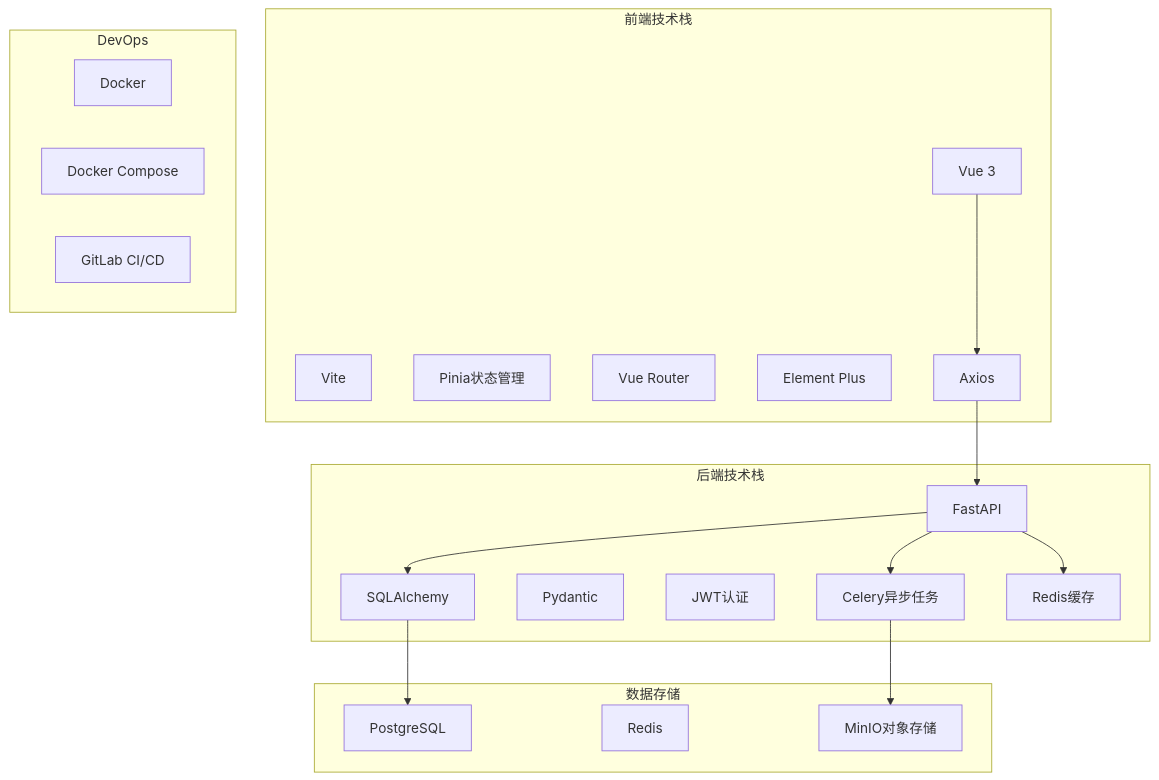
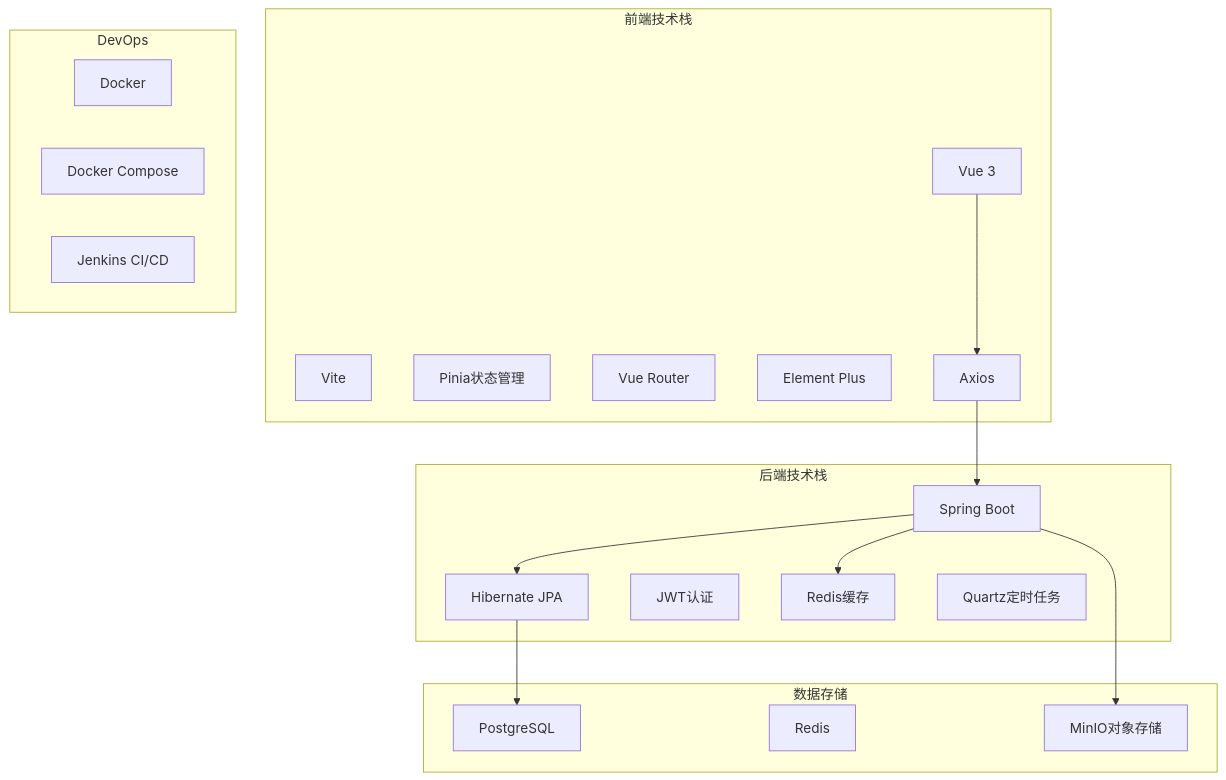
The second of 5 diagrams in docs/design/architecture.md (dayutech/Vuln-Audit-Lifecycle-Management), drawn with Mermaid before and after one commit. The commit also changed 10 other files, not shown here.

````diff
--- a/docs/design/architecture.md
+++ b/docs/design/architecture.md
@@ -83,40 +83,38 @@
 ```mermaid
 graph TB
     subgraph Frontend["前端技术栈"]
         Vue3["Vue 3"]
         Vite["Vite"]
         Pinia["Pinia状态管理"]
         Router["Vue Router"]
         ElementPlus["Element Plus"]
         Axios["Axios"]
     end
 
     subgraph Backend["后端技术栈"]
-        FastAPI["FastAPI"]
-        SQLAlchemy["SQLAlchemy"]
-        Pydantic["Pydantic"]
+        SpringBoot["Spring Boot"]
+        Hibernate["Hibernate JPA"]
         JWT["JWT认证"]
-        Celery["Celery异步任务"]
         RedisCache["Redis缓存"]
+        Quartz["Quartz定时任务"]
     end
 
     subgraph Database["数据存储"]
         PostgreSQL["PostgreSQL"]
         Redis["Redis"]
         MinIO["MinIO对象存储"]
     end
 
     subgraph DevOps["DevOps"]
         Docker["Docker"]
         DockerCompose["Docker Compose"]
-        GitLab["GitLab CI/CD"]
+        Jenkins["Jenkins CI/CD"]
     end
     
     Vue3 --> Axios
-    Axios --> FastAPI
-    FastAPI --> SQLAlchemy
-    SQLAlchemy --> PostgreSQL
-    FastAPI --> RedisCache
-    FastAPI --> Celery
-    Celery --> MinIO
+    Axios --> SpringBoot
+    SpringBoot --> Hibernate
+    Hibernate --> PostgreSQL
+    SpringBoot --> RedisCache
+    SpringBoot --> MinIO
 ```
````
